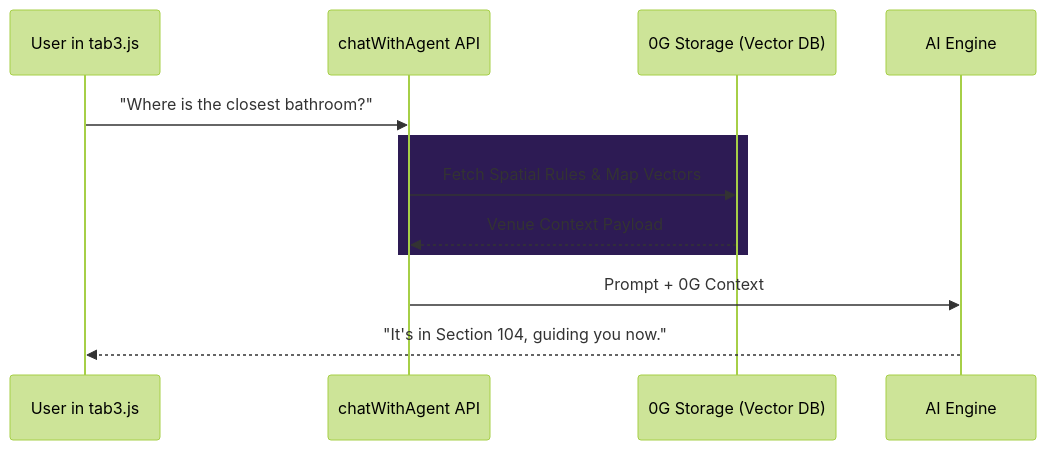
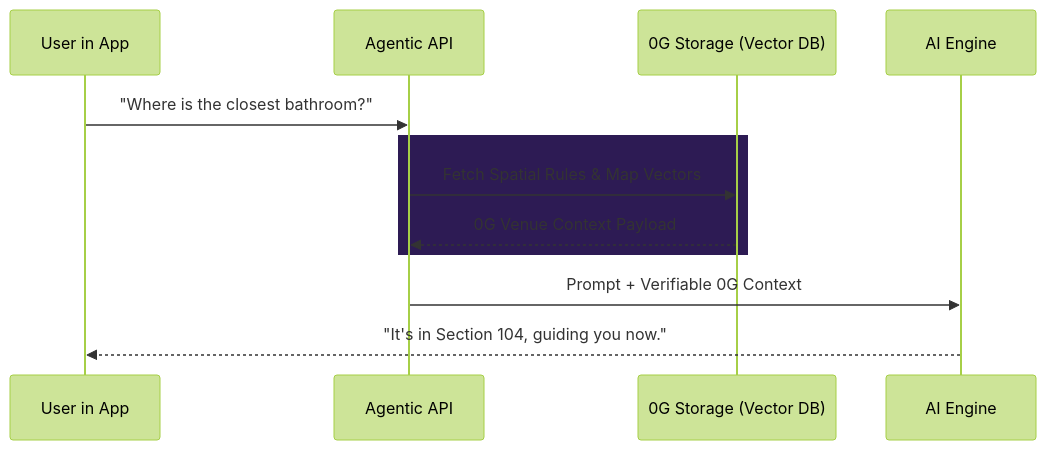
Before and after one commit to EddOliver/Effisend0G: the second of 3 diagrams in README.md, drawn with Mermaid (forest theme). The commit also changed other lines of this file, not shown here.

````diff
--- a/README.md
+++ b/README.md
@@ -79,15 +57,15 @@
 ```mermaid
 sequenceDiagram
-    participant User in tab3.js
-    participant API as chatWithAgent API
+    participant User in App
+    participant API as Agentic API
     participant 0G_Storage as 0G Storage (Vector DB)
     participant LLM as AI Engine
     
-    User in tab3.js->>API: "Where is the closest bathroom?"
+    User in App->>API: "Where is the closest bathroom?"
     rect rgb(45, 27, 84)
     API->>0G_Storage: Fetch Spatial Rules & Map Vectors
-    0G_Storage-->>API: Venue Context Payload
+    0G_Storage-->>API: 0G Venue Context Payload
     end
-    API->>LLM: Prompt + 0G Context
-    LLM-->>User in tab3.js: "It's in Section 104, guiding you now."
+    API->>LLM: Prompt + Verifiable 0G Context
+    LLM-->>User in App: "It's in Section 104, guiding you now."
 ```
````
